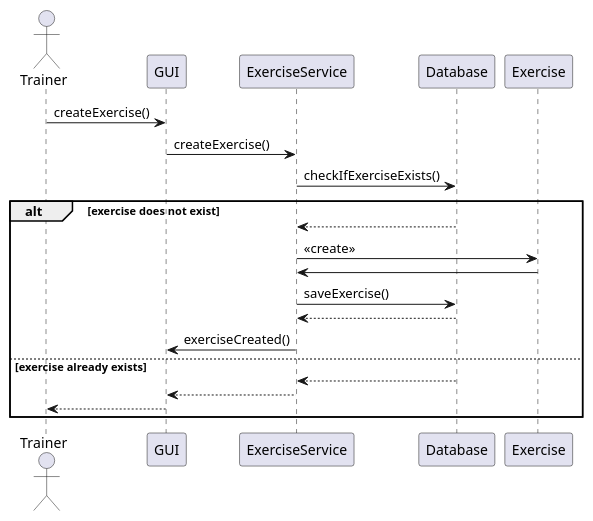
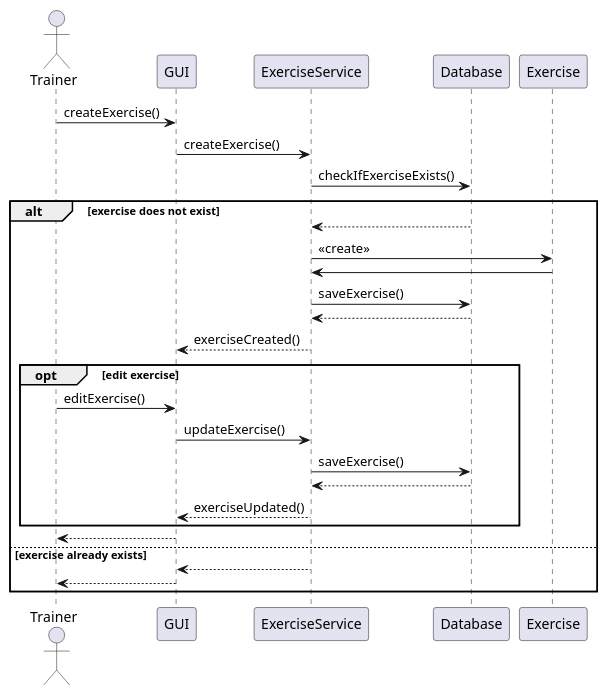
Before and after one commit to filip-stepien/software-engineering-lab: the diagram in src/pattern_diagrams/damian/diagram_sekwencji/create_exercise.puml, drawn with PlantUML. The commit also changed other lines of this file and 1 other file, not shown here.

Commit message:
sequence diagrams

```diff
--- a/src/pattern_diagrams/damian/diagram_sekwencji/create_exercise.puml
+++ b/src/pattern_diagrams/damian/diagram_sekwencji/create_exercise.puml
@@ -1,25 +2,33 @@
 @startuml create_exercise
 actor Trainer
 participant GUI
 participant ExerciseService
 participant DB as "Database"
 participant Exercise
 
 Trainer -> GUI : createExercise()
 GUI -> ExerciseService : createExercise()
 
 ExerciseService -> DB : checkIfExerciseExists()
 alt exercise does not exist
     DB --> ExerciseService
     ExerciseService -> Exercise : <<create>>
     Exercise -> ExerciseService
     ExerciseService -> DB : saveExercise()
     DB --> ExerciseService
-    ExerciseService -> GUI : exerciseCreated()
+    ExerciseService --> GUI : exerciseCreated()
+    
+    opt edit exercise
+        Trainer -> GUI : editExercise()
+        GUI -> ExerciseService : updateExercise()
+        ExerciseService -> DB : saveExercise()
+        DB --> ExerciseService
+        ExerciseService --> GUI : exerciseUpdated()
+    end 
+    GUI --> Trainer
 else exercise already exists
-    DB --> ExerciseService 
+
     ExerciseService --> GUI 
     GUI --> Trainer
 end
-
 @enduml
```
